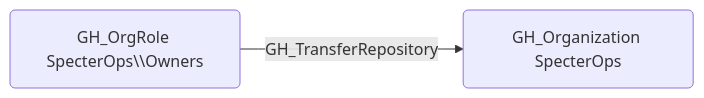
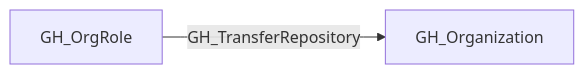
Before and after one commit to SpecterOps/bloodhound-docs: the first of 2 diagrams in docs/opengraph/extensions/github/edges/gh_transferrepository.mdx, drawn with Mermaid. The commit also changed other lines of this file and 292 other files, not shown here.

````diff
--- a/docs/opengraph/extensions/github/edges/gh_transferrepository.mdx
+++ b/docs/opengraph/extensions/github/edges/gh_transferrepository.mdx
@@ -19,6 +16,6 @@
 ```mermaid
-graph LR
-    node1("GH_OrgRole SpecterOps\\Owners")
-    node2("GH_Organization SpecterOps")
-    node1 -- GH_TransferRepository --> node2
+flowchart LR
+    GH_Organization["GH_Organization"]
+    GH_OrgRole["GH_OrgRole"]
+    GH_OrgRole -- GH_TransferRepository --> GH_Organization
 ```
````
